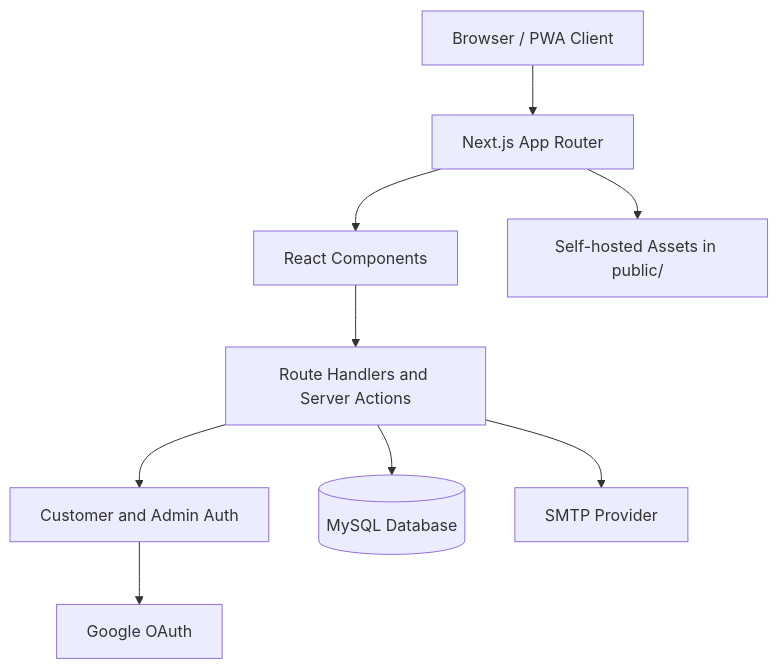
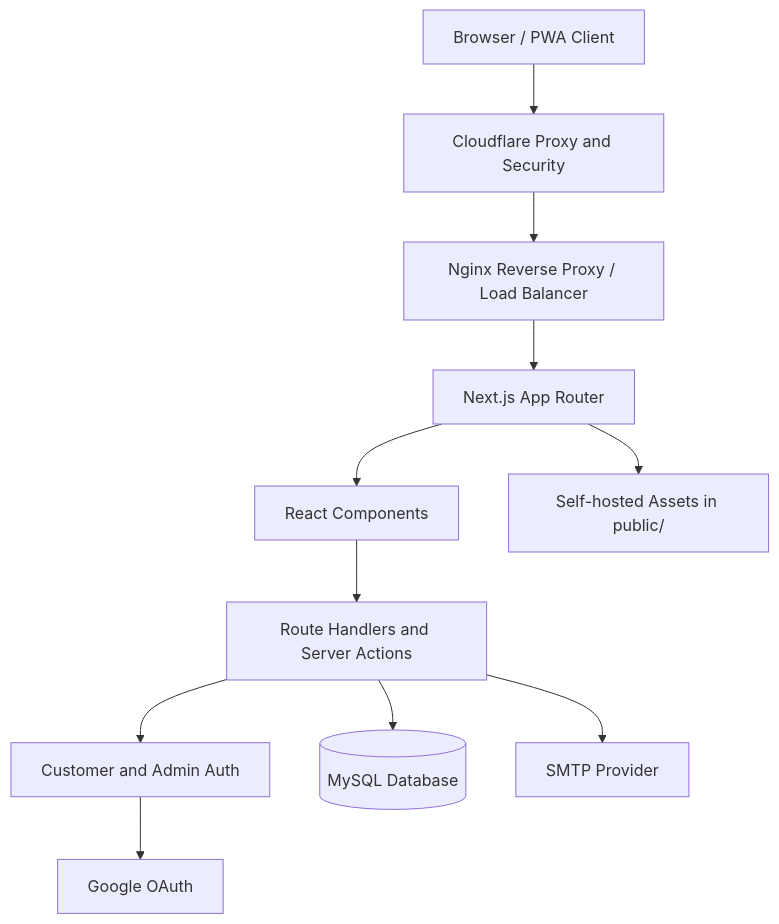
One commit to Darkguyaiman/APEX-E-Commerce changed the first of 3 diagrams in README.md. Above: the diagram before and after it, drawn with Mermaid. The commit also changed other lines of this file, not shown here.

````diff
--- a/README.md
+++ b/README.md
@@ -32,21 +33,25 @@
 ```mermaid
 flowchart TD
     Browser[Browser / PWA Client]
+    Cloudflare[Cloudflare Proxy and Security]
+    Nginx[Nginx Reverse Proxy / Load Balancer]
     App[Next.js App Router]
     UI[React Components]
     API[Route Handlers and Server Actions]
     Auth[Customer and Admin Auth]
     DB[(MySQL Database)]
     SMTP[SMTP Provider]
     OAuth[Google OAuth]
     Public[Self-hosted Assets in public/]
 
-    Browser --> App
+    Browser --> Cloudflare
+    Cloudflare --> Nginx
+    Nginx --> App
     App --> UI
     UI --> API
     API --> Auth
     API --> DB
     API --> SMTP
     Auth --> OAuth
     App --> Public
 ```
````
